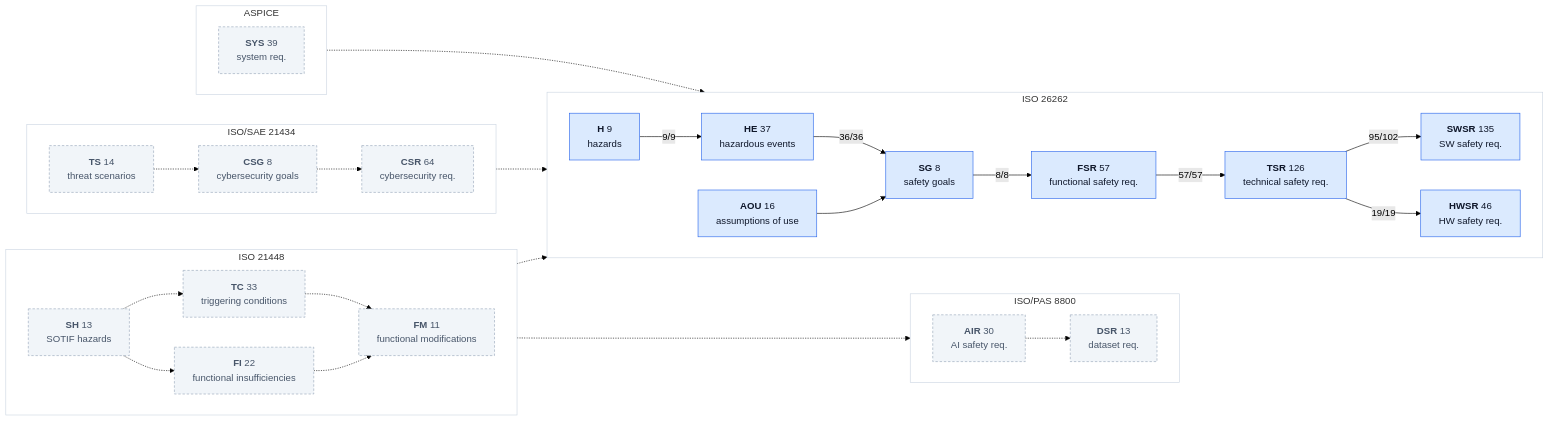
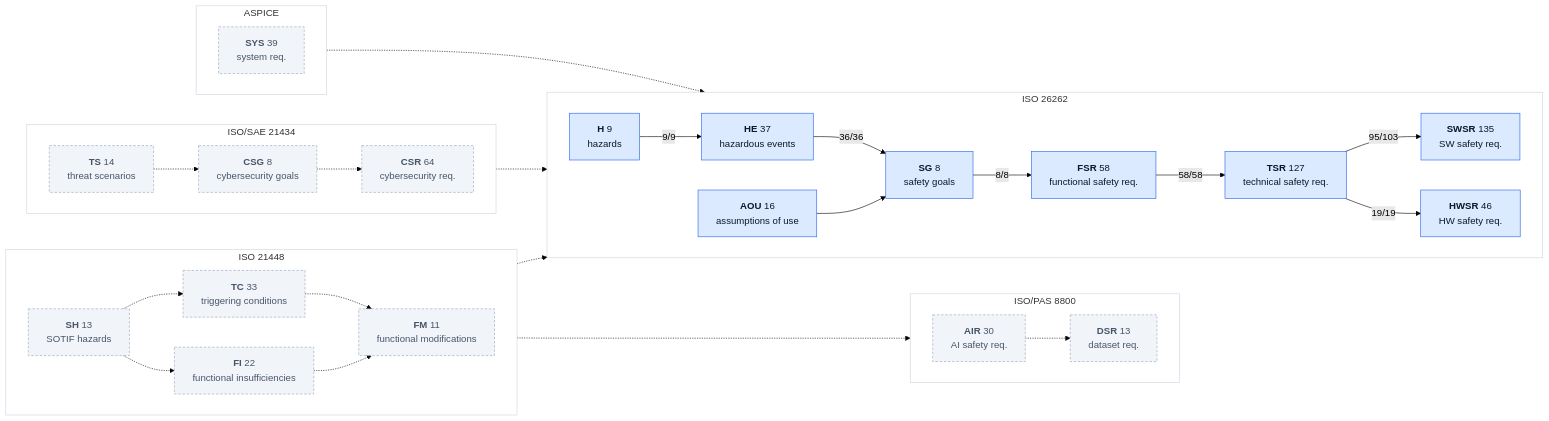
The second of 2 diagrams in assurance/trace/maps/aspice-trace-map.md (jherrodthomas/LionDriver), drawn with Mermaid (forest theme) before and after one commit. The commit also changed other lines of this file and 32 other files, not shown here.

````diff
--- a/assurance/trace/maps/aspice-trace-map.md
+++ b/assurance/trace/maps/aspice-trace-map.md
@@ -188,61 +188,61 @@
 ```mermaid
 flowchart LR
   subgraph ISO26262["ISO 26262"]
     direction LR
     kH["<b>H</b> 9<br/>hazards"]:::traced
     kHE["<b>HE</b> 37<br/>hazardous events"]:::traced
     kSG["<b>SG</b> 8<br/>safety goals"]:::traced
-    kFSR["<b>FSR</b> 57<br/>functional safety req."]:::traced
-    kTSR["<b>TSR</b> 126<br/>technical safety req."]:::traced
+    kFSR["<b>FSR</b> 58<br/>functional safety req."]:::traced
+    kTSR["<b>TSR</b> 127<br/>technical safety req."]:::traced
     kSWSR["<b>SWSR</b> 135<br/>SW safety req."]:::traced
     kHWSR["<b>HWSR</b> 46<br/>HW safety req."]:::traced
     kAOU["<b>AOU</b> 16<br/>assumptions of use"]:::traced
   end
   style ISO26262 fill:#FFFFFF,stroke:#CBD5E1
   subgraph ISO21448["ISO 21448"]
     direction LR
     kSH["<b>SH</b> 13<br/>SOTIF hazards"]:::doc
     kTC["<b>TC</b> 33<br/>triggering conditions"]:::doc
     kFI["<b>FI</b> 22<br/>functional insufficiencies"]:::doc
     kFM["<b>FM</b> 11<br/>functional modifications"]:::doc
   end
   style ISO21448 fill:#FFFFFF,stroke:#CBD5E1
   subgraph ISOPAS8800["ISO/PAS 8800"]
     direction LR
     kAIR["<b>AIR</b> 30<br/>AI safety req."]:::doc
     kDSR["<b>DSR</b> 13<br/>dataset req."]:::doc
   end
   style ISOPAS8800 fill:#FFFFFF,stroke:#CBD5E1
   subgraph ISOSAE21434["ISO/SAE 21434"]
     direction LR
     kTS["<b>TS</b> 14<br/>threat scenarios"]:::doc
     kCSG["<b>CSG</b> 8<br/>cybersecurity goals"]:::doc
     kCSR["<b>CSR</b> 64<br/>cybersecurity req."]:::doc
   end
   style ISOSAE21434 fill:#FFFFFF,stroke:#CBD5E1
   subgraph ASPICE["ASPICE"]
     direction LR
     kSYS["<b>SYS</b> 39<br/>system req."]:::doc
   end
   style ASPICE fill:#FFFFFF,stroke:#CBD5E1
   kH -->|"9/9"| kHE
   kHE -->|"36/36"| kSG
   kSG -->|"8/8"| kFSR
-  kFSR -->|"57/57"| kTSR
-  kTSR -->|"95/102"| kSWSR
+  kFSR -->|"58/58"| kTSR
+  kTSR -->|"95/103"| kSWSR
   kTSR -->|"19/19"| kHWSR
   kAOU --> kSG
   kSH -.-> kTC
   kSH -.-> kFI
   kTC -.-> kFM
   kFI -.-> kFM
   kSH -.-> kHE
   kFI -.-> kAIR
   kAIR -.-> kDSR
   kTS -.-> kCSG
   kCSG -.-> kCSR
   kCSG -.-> kSG
   kSYS -.-> kTSR
   classDef traced fill:#DBEAFE,stroke:#2563EB,color:#0F172A
   classDef doc fill:#F1F5F9,stroke:#94A3B8,stroke-dasharray:4 3,color:#475569
 ```
````
